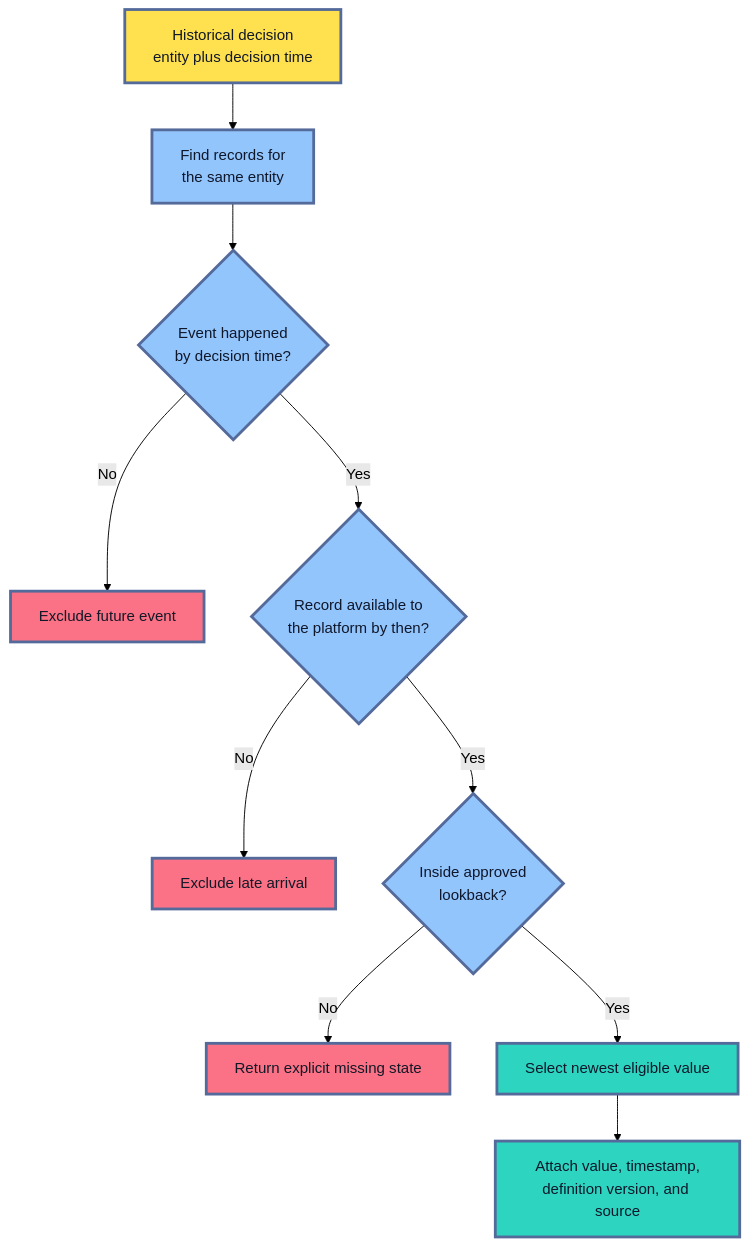
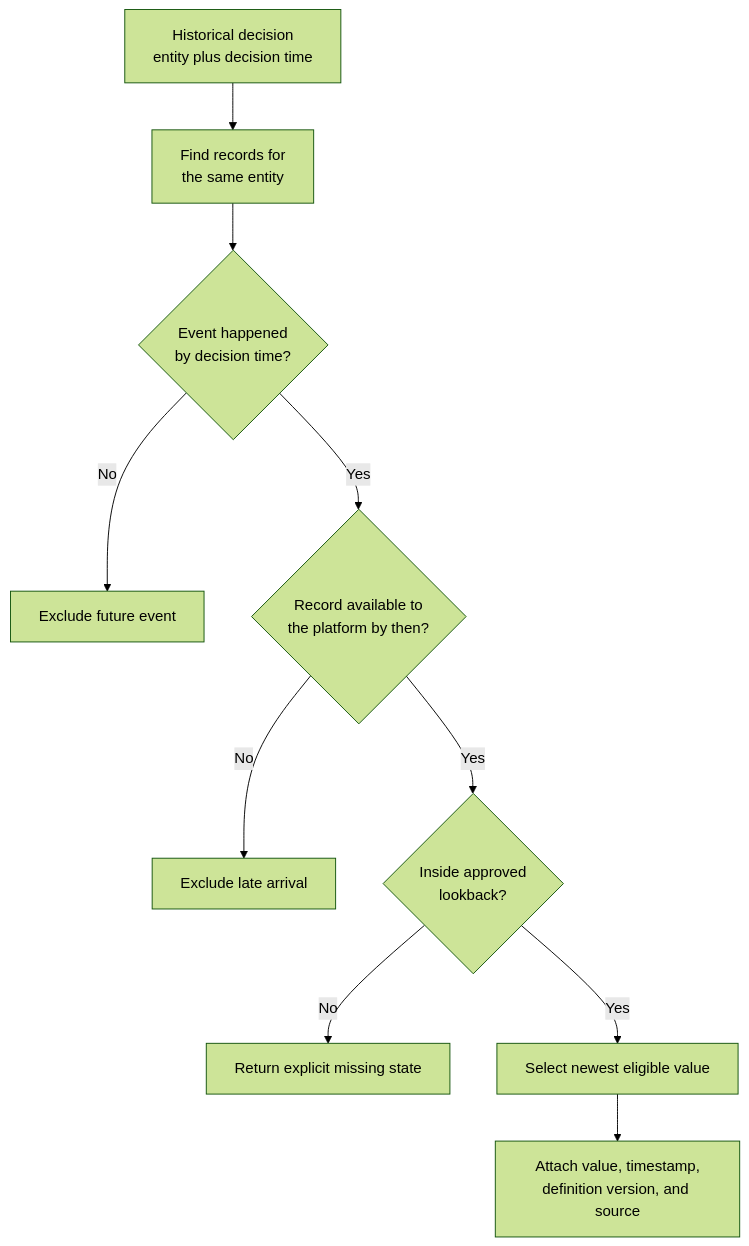
The second of 5 diagrams in roadmaps/mlops/modules/data-for-ml-systems/feature-management/04-feature-stores-explained.md (senlinyy/dev-roadmaps), drawn with Mermaid (forest theme) before and after one commit. The commit also changed other lines of this file and 152 other files, not shown here.

Commit message:
feat: mlops and diagrams updated

````diff
--- a/roadmaps/mlops/modules/data-for-ml-systems/feature-management/04-feature-stores-explained.md
+++ b/roadmaps/mlops/modules/data-for-ml-systems/feature-management/04-feature-stores-explained.md
@@ -150,21 +146,17 @@
 ```mermaid
 flowchart TD
     A["Historical decision<br/>entity plus decision time"] --> B["Find records for<br/>the same entity"]
     B --> C{"Event happened<br/>by decision time?"}
     C -->|"No"| D["Exclude future event"]
     C -->|"Yes"| E{"Record available to<br/>the platform by then?"}
     E -->|"No"| F["Exclude late arrival"]
     E -->|"Yes"| G{"Inside approved<br/>lookback?"}
     G -->|"No"| H["Return explicit missing state"]
     G -->|"Yes"| I["Select newest eligible value"]
     I --> J["Attach value, timestamp,<br/>definition version, and source"]
 
-    classDef input fill:#FFE04F,stroke:#536A9A,stroke-width:3px,color:#111827
-    classDef gate fill:#93C5FD,stroke:#536A9A,stroke-width:3px,color:#0F172A
-    classDef reject fill:#FB7185,stroke:#536A9A,stroke-width:3px,color:#111827
-    classDef accept fill:#2DD4BF,stroke:#536A9A,stroke-width:3px,color:#0F172A
     class A input
     class B,C,E,G gate
     class D,F,H reject
     class I,J accept
 ```
````
